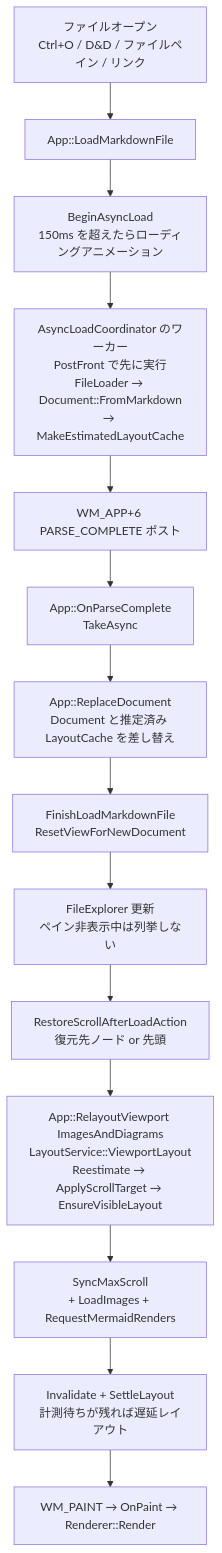
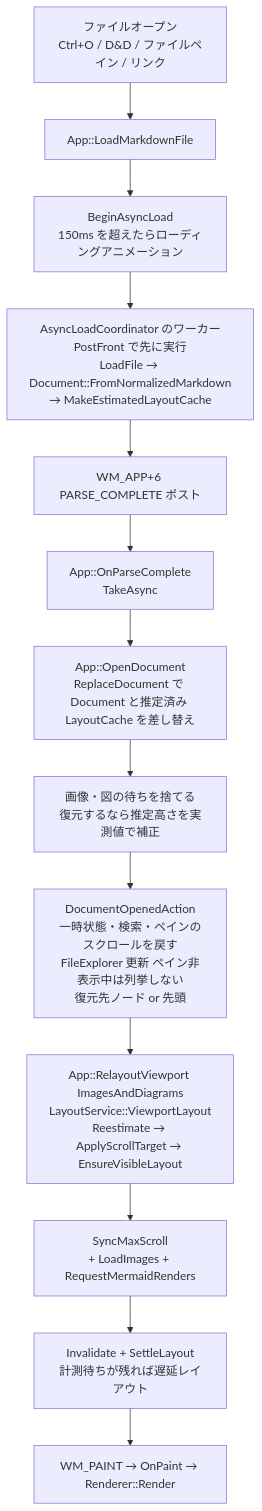
One commit to tanaton/mendo changed diagram 18 of 27 in example/test.md. Above: the diagram before and after it, drawn with Mermaid. The commit also changed other lines of this file and 161 other files, not shown here.

````diff
--- a/example/test.md
+++ b/example/test.md
@@ -3187,17 +3103,16 @@
 ```mermaid
 flowchart TD
     TRIGGER[ファイルオープン<br>Ctrl+O / D&D / ファイルペイン / リンク] --> LMF[App::LoadMarkdownFile]
     LMF --> ASYNC[BeginAsyncLoad<br>150ms を超えたらローディングアニメーション]
-    ASYNC --> WORKER[AsyncLoadCoordinator のワーカー<br>PostFront で先に実行<br>FileLoader → Document::FromMarkdown<br>→ MakeEstimatedLayoutCache]
+    ASYNC --> WORKER[AsyncLoadCoordinator のワーカー<br>PostFront で先に実行<br>LoadFile → Document::FromNormalizedMarkdown<br>→ MakeEstimatedLayoutCache]
     WORKER --> POST[WM_APP+6 PARSE_COMPLETE ポスト]
     POST --> OPC[App::OnParseComplete<br>TakeAsync]
 
-    OPC --> REPL[App::ReplaceDocument<br>Document と推定済み LayoutCache を差し替え]
-    REPL --> RESET[FinishLoadMarkdownFile<br>ResetViewForNewDocument]
-    RESET --> FE[FileExplorer 更新<br>ペイン非表示中は列挙しない]
-    FE --> RESTORE[RestoreScrollAfterLoadAction<br>復元先ノード or 先頭]
-    RESTORE --> LAYOUT[App::RelayoutViewport ImagesAndDiagrams<br>LayoutService::ViewportLayout<br>Reestimate → ApplyScrollTarget → EnsureVisibleLayout]
+    OPC --> REPL[App::OpenDocument<br>ReplaceDocument で Document と推定済み LayoutCache を差し替え]
+    REPL --> FIN[画像・図の待ちを捨てる<br>復元するなら推定高さを実測値で補正]
+    FIN --> OPENED[DocumentOpenedAction<br>一時状態・検索・ペインのスクロールを戻す<br>FileExplorer 更新 ペイン非表示中は列挙しない<br>復元先ノード or 先頭]
+    OPENED --> LAYOUT[App::RelayoutViewport ImagesAndDiagrams<br>LayoutService::ViewportLayout<br>Reestimate → ApplyScrollTarget → EnsureVisibleLayout]
     LAYOUT --> FINAL[SyncMaxScroll<br>+ LoadImages + RequestMermaidRenders]
     FINAL --> INVAL[Invalidate + SettleLayout<br>計測待ちが残れば遅延レイアウト]
     INVAL --> PAINT[WM_PAINT → OnPaint → Renderer::Render]
 ```
````
